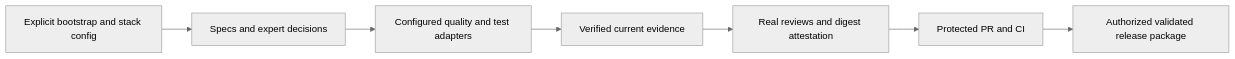
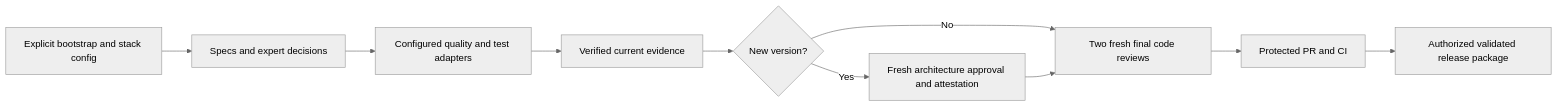
The first of 2 diagrams in docs/architecture/features/workflow.md (PhiLong-Ho/agent-dev-template), drawn with Mermaid (neutral theme) before and after one commit. The commit also changed other lines of this file and 20 other files, not shown here.

Commit message:
Require architecture review for every release candidate (#6)

````diff
--- a/docs/architecture/features/workflow.md
+++ b/docs/architecture/features/workflow.md
@@ -12,9 +12,12 @@
 ```mermaid
 flowchart LR
     Setup[Explicit bootstrap and stack config] --> Contract[Specs and expert decisions]
     Contract --> Quality[Configured quality and test adapters]
     Quality --> Archive[Verified current evidence]
-    Archive --> Review[Real reviews and digest attestation]
+    Archive --> RC{New version?}
+    RC -->|Yes| AR[Fresh architecture approval and attestation]
+    RC -->|No| Review[Two fresh final code reviews]
+    AR --> Review
     Review --> PR[Protected PR and CI]
     PR --> Release[Authorized validated release package]
 ```
````
